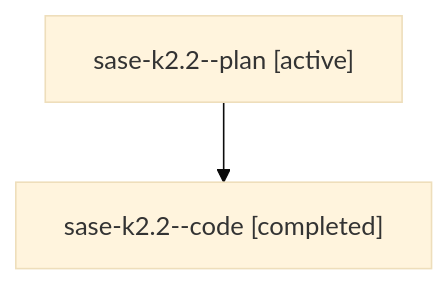
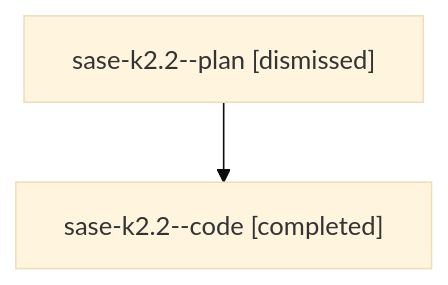
Before and after one commit to sase-org/sase--agents: the diagram in sessions/bbugyi200.athena.sase-k2.2.md, drawn with Mermaid (base theme). The commit also changed other lines of this file and 82 other files, not shown here.

````diff
--- a/sessions/bbugyi200.athena.sase-k2.2.md
+++ b/sessions/bbugyi200.athena.sase-k2.2.md
@@ -9,6 +9,6 @@
 ```mermaid
 flowchart TD
-  n0["sase-k2.2--plan [active]"]
+  n0["sase-k2.2--plan [dismissed]"]
   n1["sase-k2.2--code [completed]"]
   n0 --> n1
 ```
````
